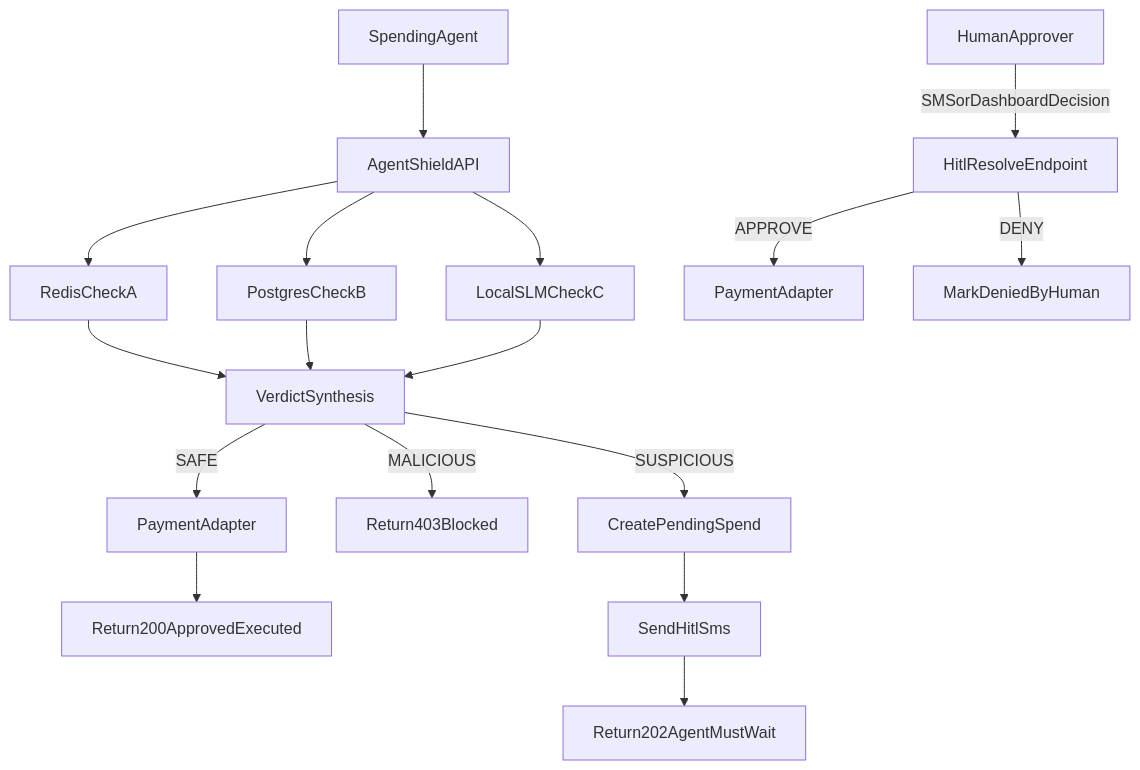
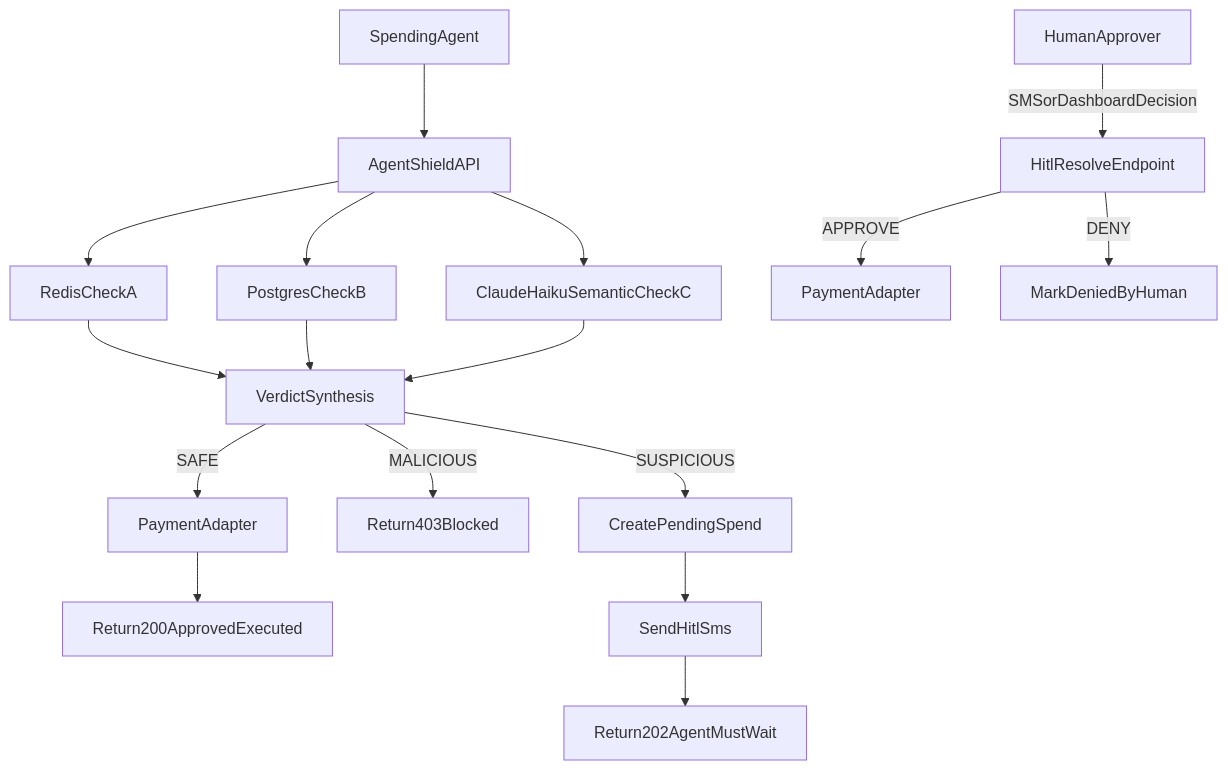
One commit to lucarizzo03/AgentShieldv2 changed the diagram in README.md. Above: the diagram before and after it, drawn with Mermaid. The commit also changed other lines of this file and 10 other files, not shown here.

First line of the commit message:
Swap semantic check to Claude Haiku, add buying agent with real Tempo payments

````diff
--- a/README.md
+++ b/README.md
@@ -77,19 +77,19 @@
 ```mermaid
 flowchart TD
     agent[SpendingAgent] --> firewall[AgentShieldAPI]
     firewall --> checkA[RedisCheckA]
     firewall --> checkB[PostgresCheckB]
-    firewall --> checkC[LocalSLMCheckC]
+    firewall --> checkC[ClaudeHaikuSemanticCheckC]
     checkA --> synth[VerdictSynthesis]
     checkB --> synth
     checkC --> synth
     synth -->|SAFE| pay[PaymentAdapter]
     pay --> ok200[Return200ApprovedExecuted]
     synth -->|MALICIOUS| deny403[Return403Blocked]
     synth -->|SUSPICIOUS| pending[CreatePendingSpend]
     pending --> sms[SendHitlSms]
     sms --> resp202[Return202AgentMustWait]
     human[HumanApprover] -->|SMSorDashboardDecision| resolve[HitlResolveEndpoint]
     resolve -->|APPROVE| pay2[PaymentAdapter]
     resolve -->|DENY| denyHuman[MarkDeniedByHuman]
 ```
````
